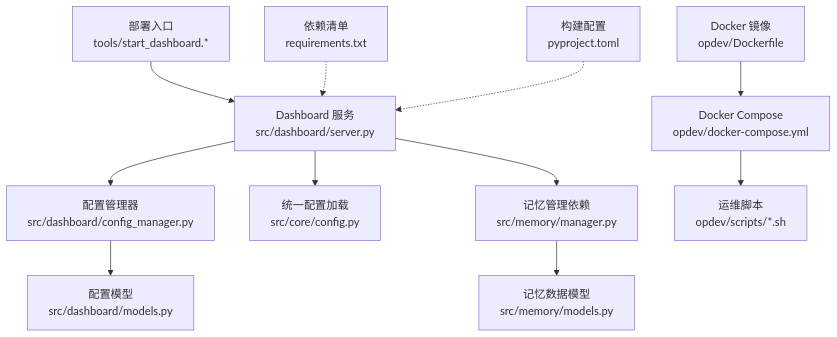
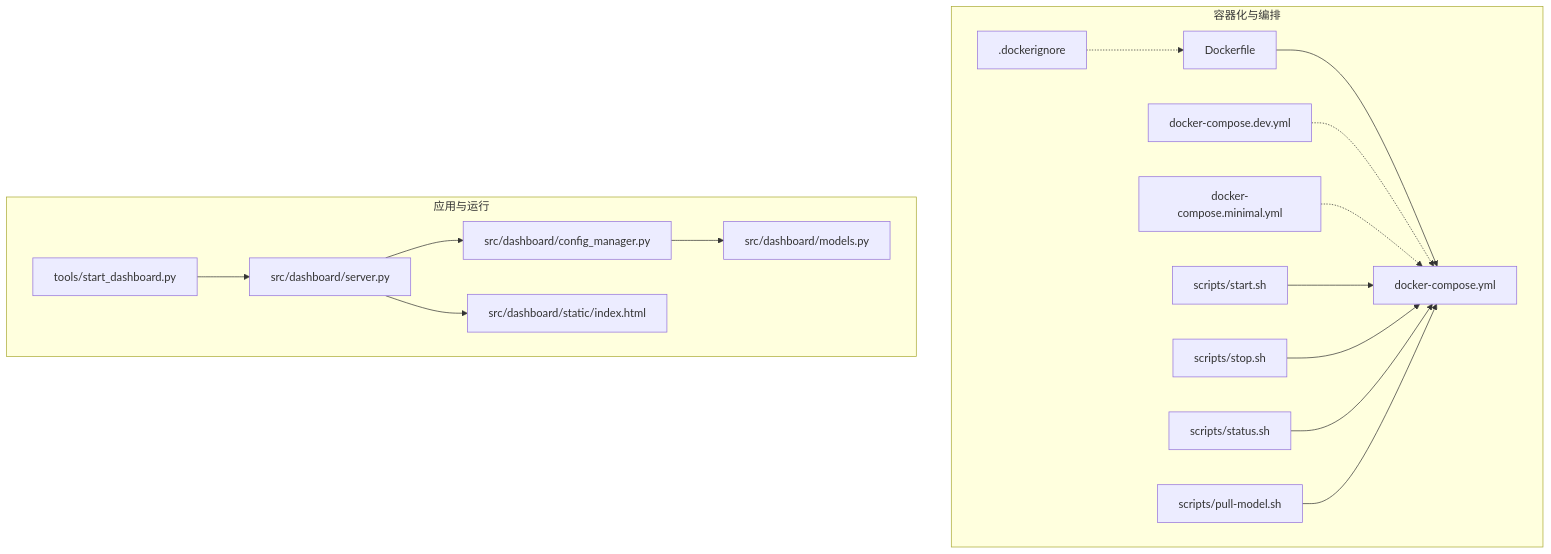
Before and after one commit to JieGaoPrinceton/NecoRAG: the first of 2 diagrams in .qoder/repowiki/zh/content/部署与运维/部署与运维.md, drawn with Mermaid. The commit also changed other lines of this file and 222 other files, not shown here.

````diff
--- a/.qoder/repowiki/zh/content/部署与运维/部署与运维.md
+++ b/.qoder/repowiki/zh/content/部署与运维/部署与运维.md
@@ -61,13 +41,33 @@
 ```mermaid
 graph TB
-A["部署入口<br/>tools/start_dashboard.*"] --> B["Dashboard 服务<br/>src/dashboard/server.py"]
-B --> C["配置管理器<br/>src/dashboard/config_manager.py"]
-C --> D["配置模型<br/>src/dashboard/models.py"]
-B --> E["统一配置加载<br/>src/core/config.py"]
-B --> F["记忆管理依赖<br/>src/memory/manager.py"]
-F --> G["记忆数据模型<br/>src/memory/models.py"]
-H["依赖清单<br/>requirements.txt"] -.-> B
-I["构建配置<br/>pyproject.toml"] -.-> B
-J["Docker 镜像<br/>opdev/Dockerfile"] --> K["Docker Compose<br/>opdev/docker-compose.yml"]
-K --> L["运维脚本<br/>opdev/scripts/*.sh"]
+subgraph "容器化与编排"
+DF["Dockerfile"]
+DC["docker-compose.yml"]
+DCD["docker-compose.dev.yml"]
+DCM["docker-compose.minimal.yml"]
+DI[".dockerignore"]
+SHS["scripts/start.sh"]
+SHP["scripts/stop.sh"]
+SHU["scripts/status.sh"]
+SHL["scripts/pull-model.sh"]
+end
+subgraph "应用与运行"
+SD["tools/start_dashboard.py"]
+SV["src/dashboard/server.py"]
+CM["src/dashboard/config_manager.py"]
+MD["src/dashboard/models.py"]
+UI["src/dashboard/static/index.html"]
+end
+DF --> DC
+DCD -.-> DC
+DCM -.-> DC
+DI -.-> DF
+SHS --> DC
+SHP --> DC
+SHU --> DC
+SHL --> DC
+SD --> SV
+SV --> CM
+CM --> MD
+SV --> UI
 ```
````
